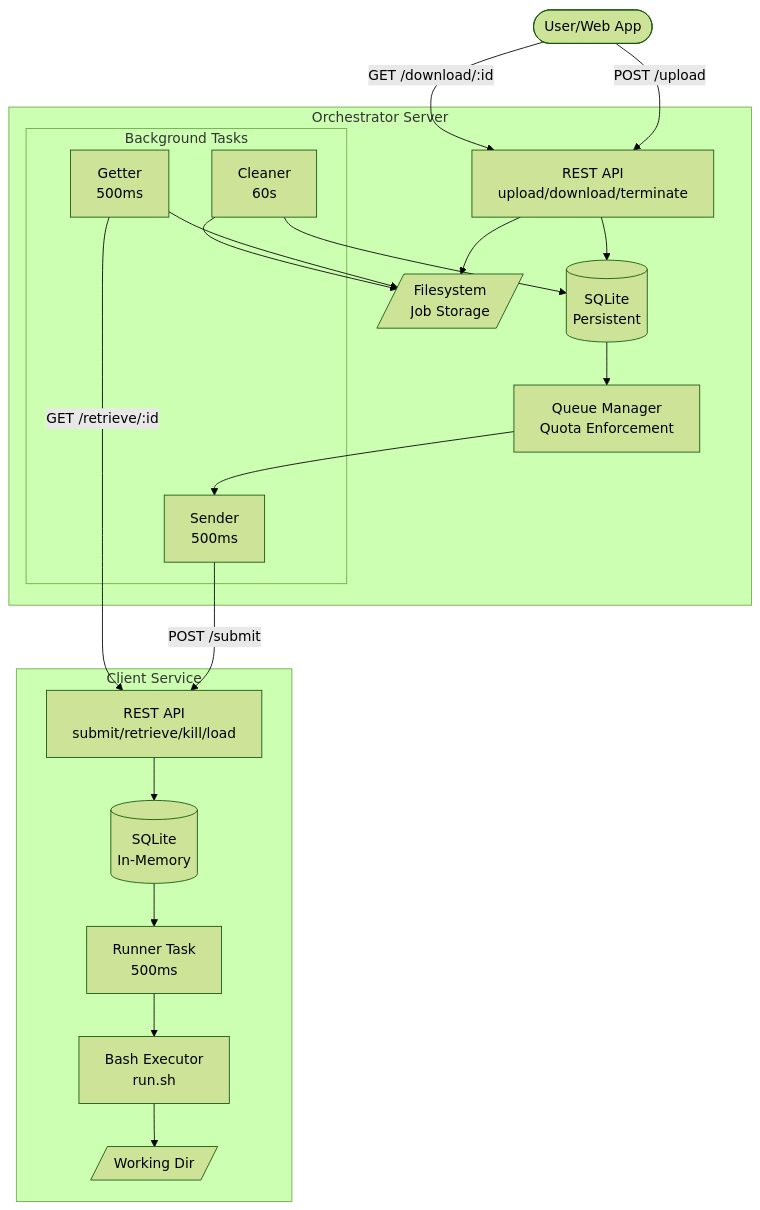
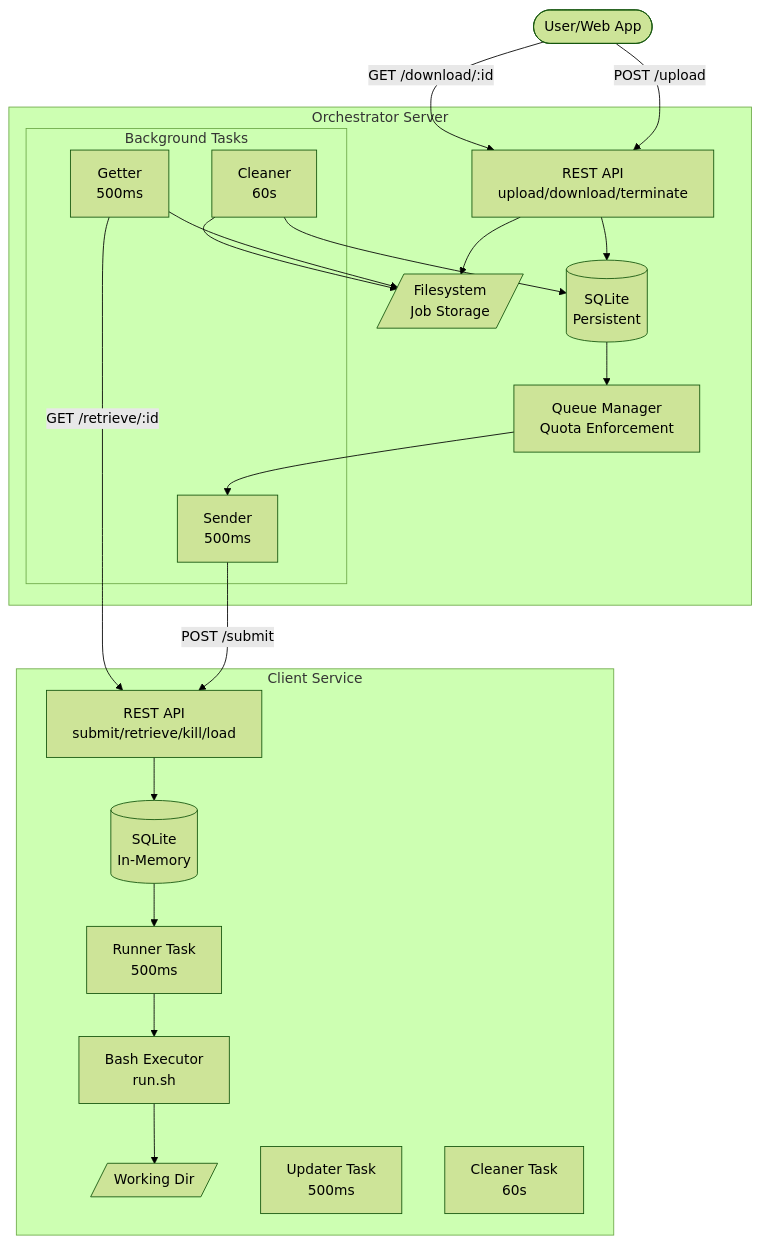
One commit to rvhonorato/job-orchestrator changed the diagram in docs/src/architecture/overview.md. Above: the diagram before and after it, drawn with Mermaid (forest theme). The commit also changed other lines of this file and 14 other files, not shown here.

````diff
--- a/docs/src/architecture/overview.md
+++ b/docs/src/architecture/overview.md
@@ -7,35 +7,37 @@
 ```mermaid
 flowchart TB
  subgraph Tasks["Background Tasks"]
         Sender["Sender<br>500ms"]
         Getter["Getter<br>500ms"]
         Cleaner["Cleaner<br>60s"]
   end
  subgraph Server["Orchestrator Server"]
         API["REST API<br>upload/download/terminate"]
         DB[("SQLite<br>Persistent")]
         FS[/"Filesystem<br>Job Storage"/]
         Tasks
         Queue["Queue Manager<br>Quota Enforcement"]
   end
  subgraph Client["Client Service"]
         ClientAPI["REST API<br>submit/retrieve/kill/load"]
         ClientDB[("SQLite<br>In-Memory")]
         ClientFS[/"Working Dir"/]
         Runner["Runner Task<br>500ms"]
+        Updater["Updater Task<br>500ms"]
+        ClientCleaner["Cleaner Task<br>60s"]
         Executor["Bash Executor<br>run.sh"]
   end
     User(["User/Web App"]) -- POST /upload --> API
     User -- GET /download/:id --> API
     API --> DB & FS
     DB --> Queue
     Queue --> Sender
     Sender -- POST /submit --> ClientAPI
     Getter -- GET /retrieve/:id --> ClientAPI
     Getter --> FS
     Cleaner --> DB & FS
     ClientAPI --> ClientDB
     ClientDB --> Runner
     Runner --> Executor
     Executor --> ClientFS
 ```
````
